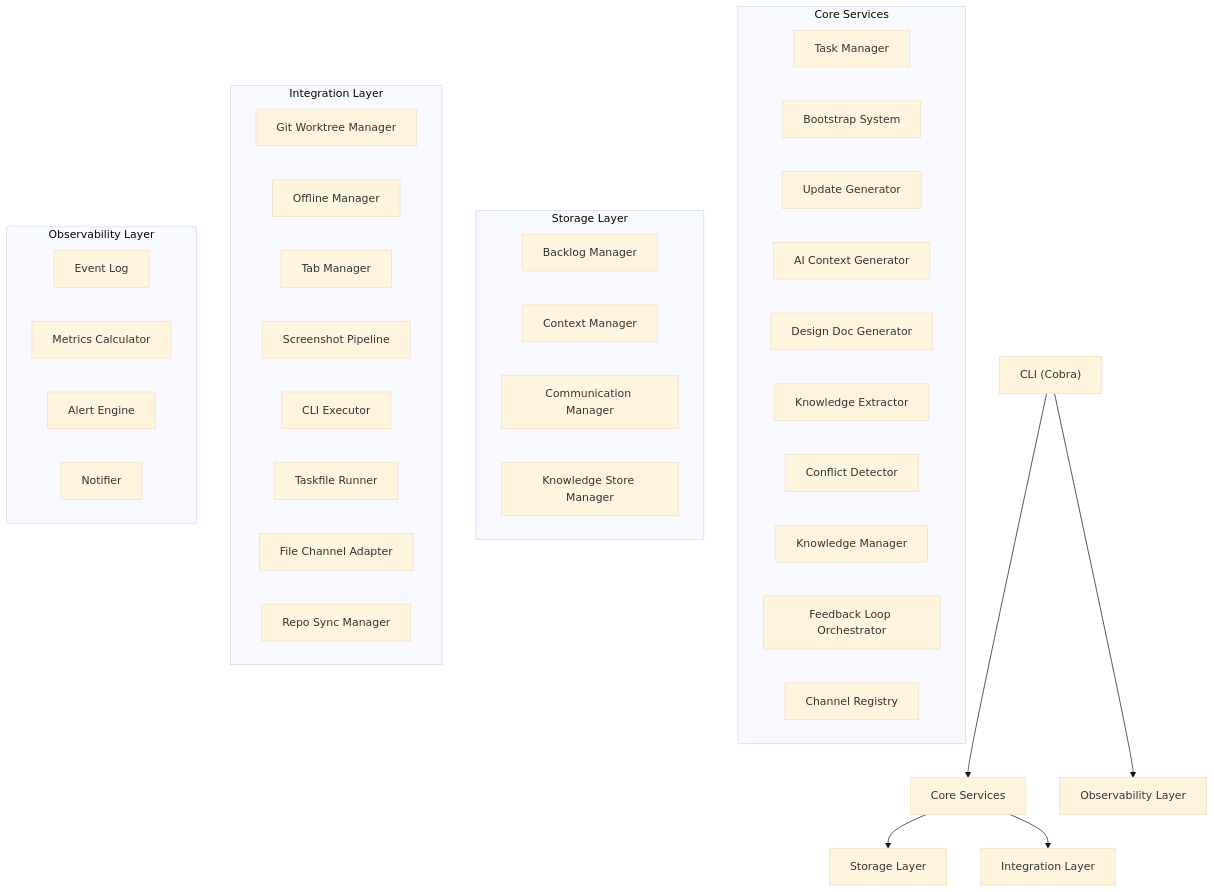
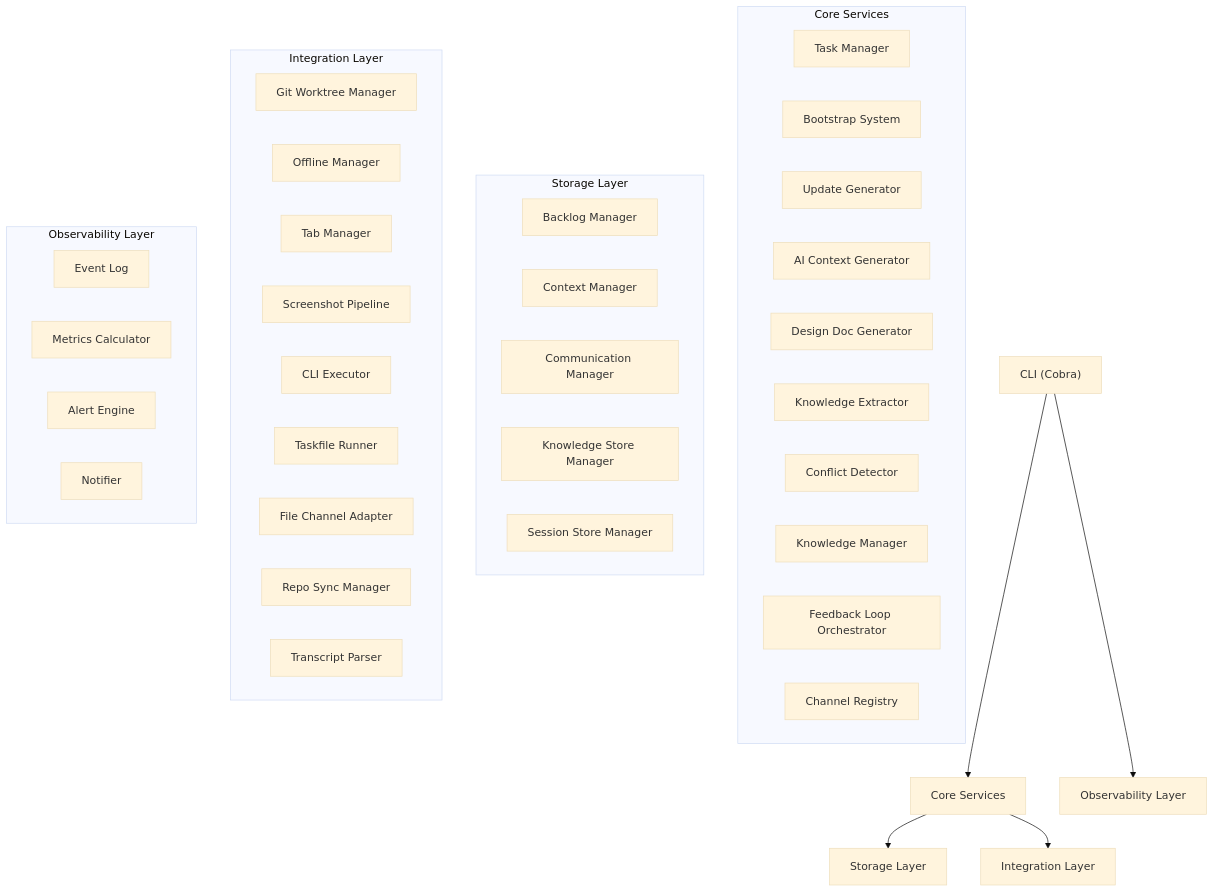
One commit to valter-silva-au/ai-dev-brain changed the first of 2 diagrams in README.md. Above: the diagram before and after it, drawn with Mermaid (base theme). The commit also changed other lines of this file and 22 other files, not shown here.

````diff
--- a/README.md
+++ b/README.md
@@ -7,51 +7,53 @@
 ```mermaid
 graph TD
     CLI["CLI (Cobra)"]
     Core["Core Services"]
     Storage["Storage Layer"]
     Integration["Integration Layer"]
     Observability["Observability Layer"]
 
     CLI --> Core
     Core --> Storage
     Core --> Integration
     CLI --> Observability
 
     subgraph Core Services
         TaskMgr["Task Manager"]
         Bootstrap["Bootstrap System"]
         UpdateGen["Update Generator"]
         AICtxGen["AI Context Generator"]
         DesignGen["Design Doc Generator"]
         KnowledgeX["Knowledge Extractor"]
         ConflictDt["Conflict Detector"]
         KnowledgeMgr["Knowledge Manager"]
         FeedbackLoop["Feedback Loop Orchestrator"]
         ChannelReg["Channel Registry"]
     end
 
     subgraph Storage Layer
         Backlog["Backlog Manager"]
         Context["Context Manager"]
         Comm["Communication Manager"]
         KnowledgeStore["Knowledge Store Manager"]
+        SessionStore["Session Store Manager"]
     end
 
     subgraph Integration Layer
         GitWT["Git Worktree Manager"]
         Offline["Offline Manager"]
         Tab["Tab Manager"]
         Screenshot["Screenshot Pipeline"]
         Exec["CLI Executor"]
         Taskfile["Taskfile Runner"]
         FileChannel["File Channel Adapter"]
         RepoSync["Repo Sync Manager"]
+        Transcript["Transcript Parser"]
     end
 
     subgraph Observability Layer
         EventLog["Event Log"]
         Metrics["Metrics Calculator"]
         AlertEng["Alert Engine"]
         Notifier["Notifier"]
     end
 ```
````
